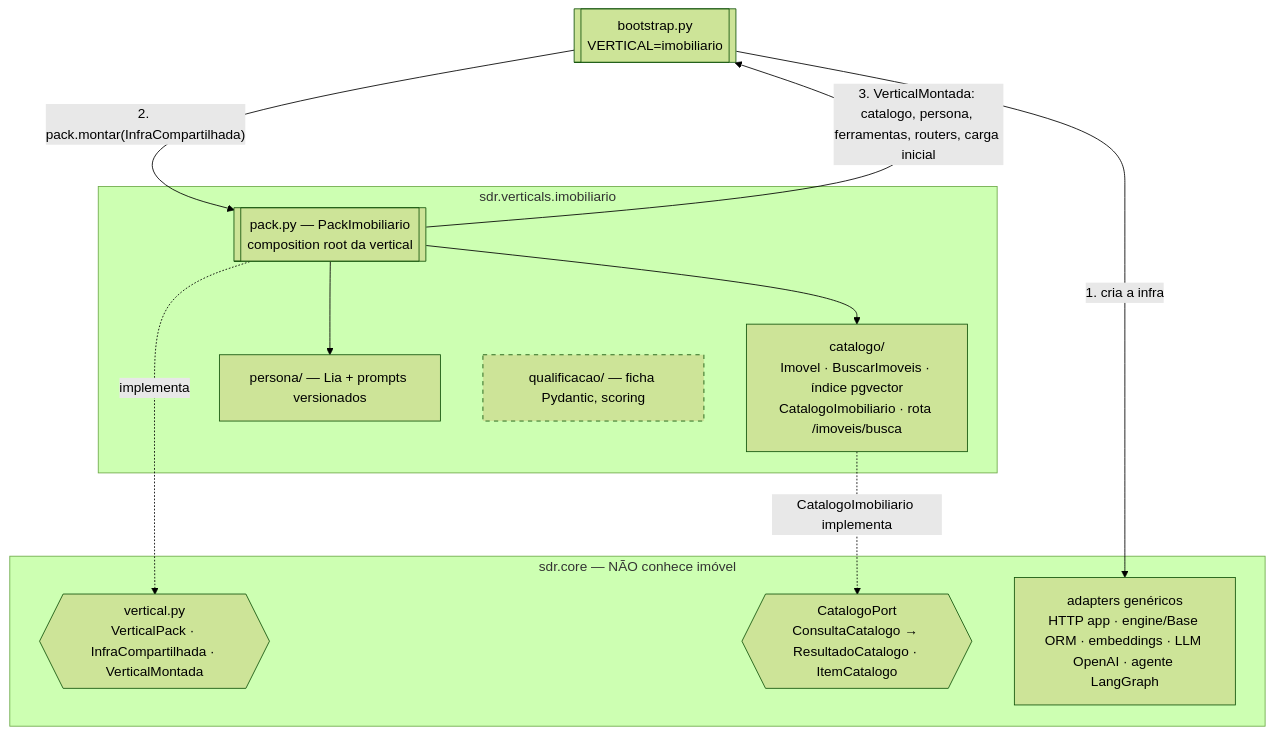
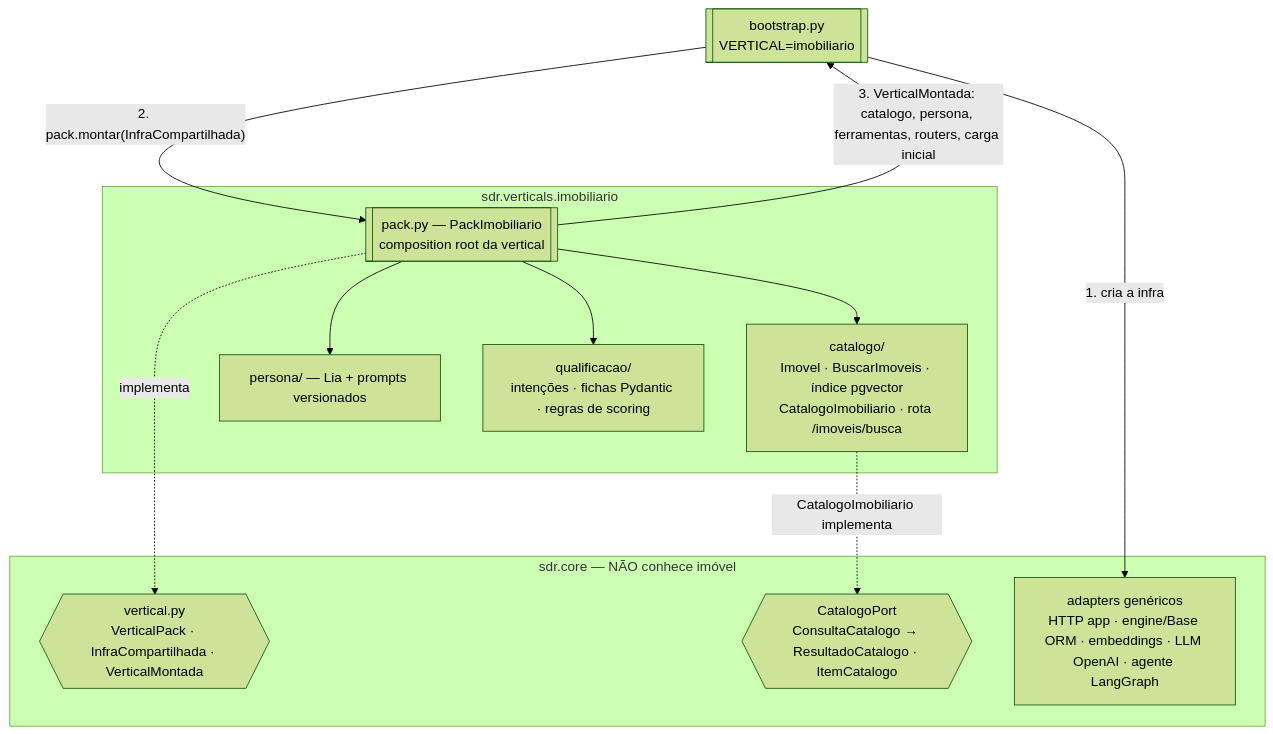
Before and after one commit to amaranini/tech-challenge-fase-5: the second of 10 diagrams in docs/arquitetura.md, drawn with Mermaid (forest theme). The commit also changed other lines of this file and 47 other files, not shown here.

````diff
--- a/docs/arquitetura.md
+++ b/docs/arquitetura.md
@@ -46,27 +48,28 @@
 ```mermaid
 flowchart TB
     boot[[bootstrap.py<br/>VERTICAL=imobiliario]]
 
     subgraph core[sdr.core — NÃO conhece imóvel]
         contrato{{vertical.py<br/>VerticalPack · InfraCompartilhada · VerticalMontada}}
         cport{{CatalogoPort<br/>ConsultaCatalogo → ResultadoCatalogo · ItemCatalogo}}
         infra[adapters genéricos<br/>HTTP app · engine/Base ORM · embeddings · LLM OpenAI · agente LangGraph]
     end
 
     subgraph vert[sdr.verticals.imobiliario]
         pack[[pack.py — PackImobiliario<br/>composition root da vertical]]
         cat[catalogo/<br/>Imovel · BuscarImoveis · índice pgvector<br/>CatalogoImobiliario · rota /imoveis/busca]
         persona[persona/ — Lia + prompts versionados]
-        qualif[qualificacao/ — ficha Pydantic, scoring]:::futuro
+        qualif[qualificacao/<br/>intenções · fichas Pydantic · regras de scoring]
     end
 
     boot -- "1. cria a infra" --> infra
     boot -- "2. pack.montar(InfraCompartilhada)" --> pack
     pack -. implementa .-> contrato
     pack --> cat
     cat -. "CatalogoImobiliario implementa" .-> cport
     pack --> persona
+    pack --> qualif
     pack -- "3. VerticalMontada: catalogo, persona, ferramentas, routers, carga inicial" --> boot
 
     classDef futuro stroke-dasharray: 5 5
 ```
````
